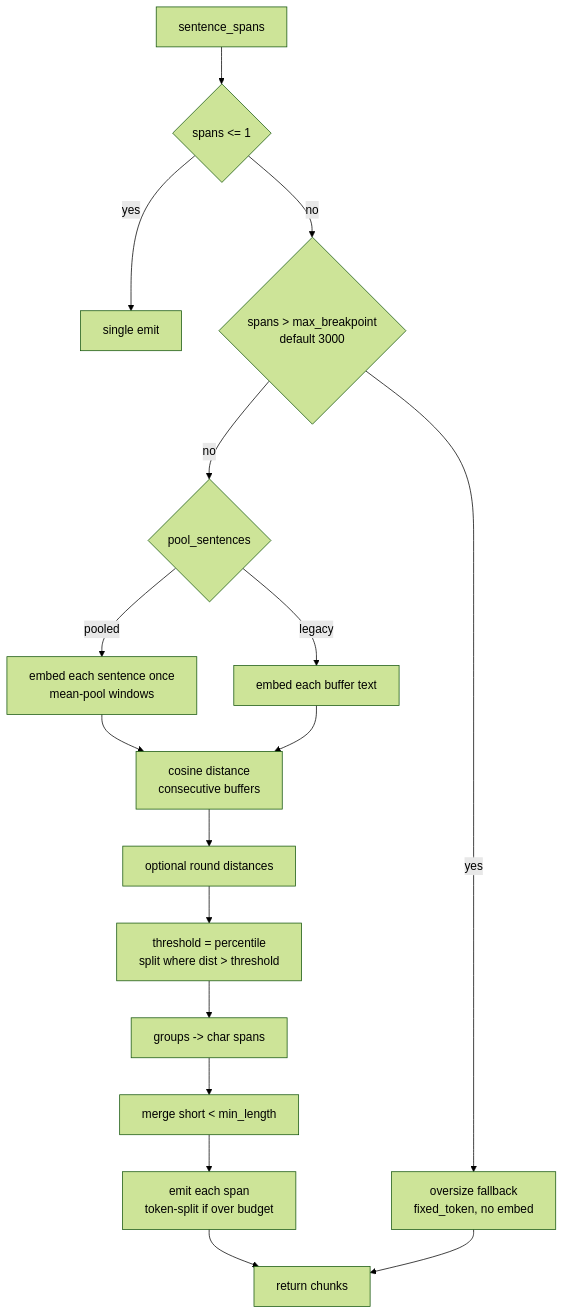
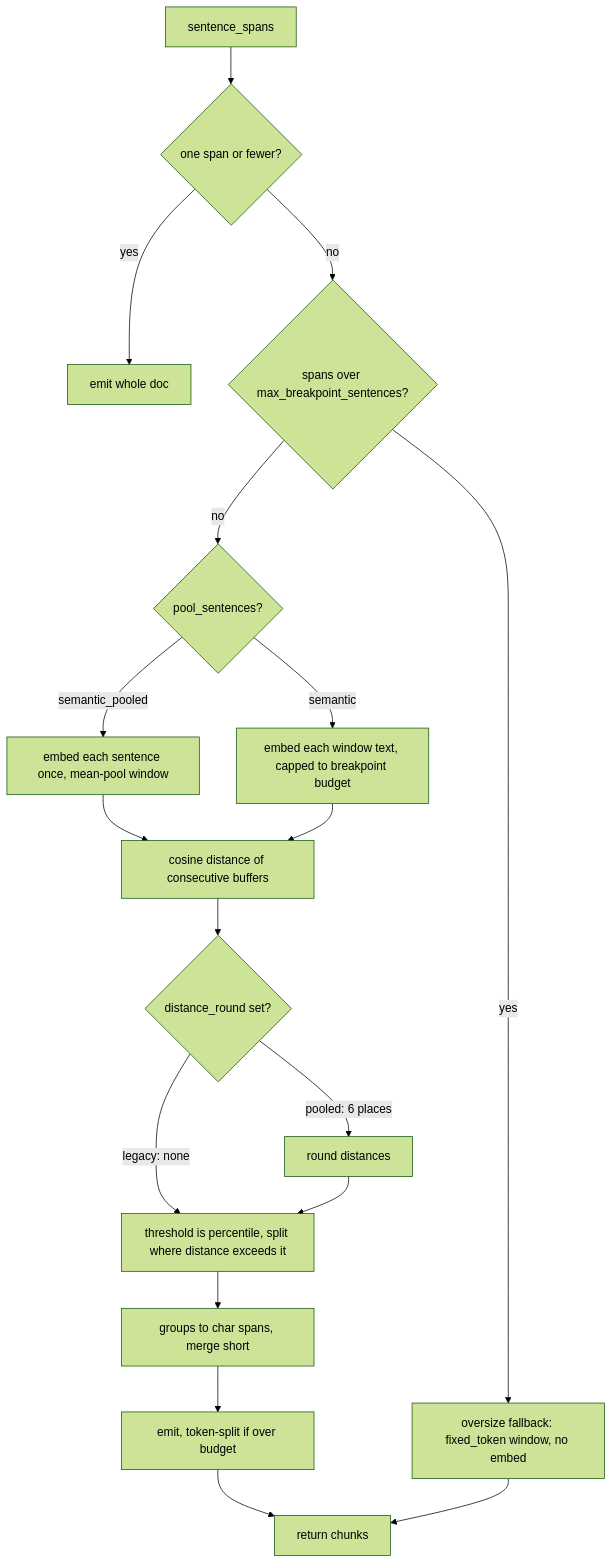
One commit to wilke/ragstack changed diagram 12 of 45 in docs/ARCHITECTURE-DEEP-DIVE.md. Above: the diagram before and after it, drawn with Mermaid (forest theme). The commit also changed other lines of this file and 2 other files, not shown here.

First line of the commit message:
docs: rewrite the architecture deep-dive against main 22b44be (#631)

````diff
--- a/docs/ARCHITECTURE-DEEP-DIVE.md
+++ b/docs/ARCHITECTURE-DEEP-DIVE.md
@@ -318,19 +691,20 @@
 ```mermaid
 flowchart TD
-  A[sentence_spans] --> B{spans <= 1}
-  B -- yes --> Z1[single emit]
-  B -- no --> C{spans > max_breakpoint<br/>default 3000}
-  C -- yes --> F[oversize fallback<br/>fixed_token, no embed]
-  C -- no --> D{pool_sentences}
-  D -- pooled --> E1[embed each sentence once<br/>mean-pool windows]
-  D -- legacy --> E2[embed each buffer text]
-  E1 --> G[cosine distance<br/>consecutive buffers]
-  E2 --> G
-  G --> H[optional round distances]
-  H --> I[threshold = percentile<br/>split where dist > threshold]
-  I --> J[groups -> char spans]
-  J --> K[merge short < min_length]
-  K --> L[emit each span<br/>token-split if over budget]
-  L --> Z[return chunks]
-  F --> Z
+    A["sentence_spans"] --> B{"one span or fewer?"}
+    B -- "yes" --> Z1["emit whole doc"]
+    B -- "no" --> C{"spans over max_breakpoint_sentences?"}
+    C -- "yes" --> F["oversize fallback: fixed_token window, no embed"]
+    C -- "no" --> D{"pool_sentences?"}
+    D -- "semantic_pooled" --> E1["embed each sentence once, mean-pool window"]
+    D -- "semantic" --> E2["embed each window text, capped to breakpoint budget"]
+    E1 --> G["cosine distance of consecutive buffers"]
+    E2 --> G
+    G --> H{"distance_round set?"}
+    H -- "pooled: 6 places" --> H1["round distances"]
+    H -- "legacy: none" --> I
+    H1 --> I["threshold is percentile, split where distance exceeds it"]
+    I --> J["groups to char spans, merge short"]
+    J --> K["emit, token-split if over budget"]
+    K --> Z["return chunks"]
+    F --> Z
 ```
````
